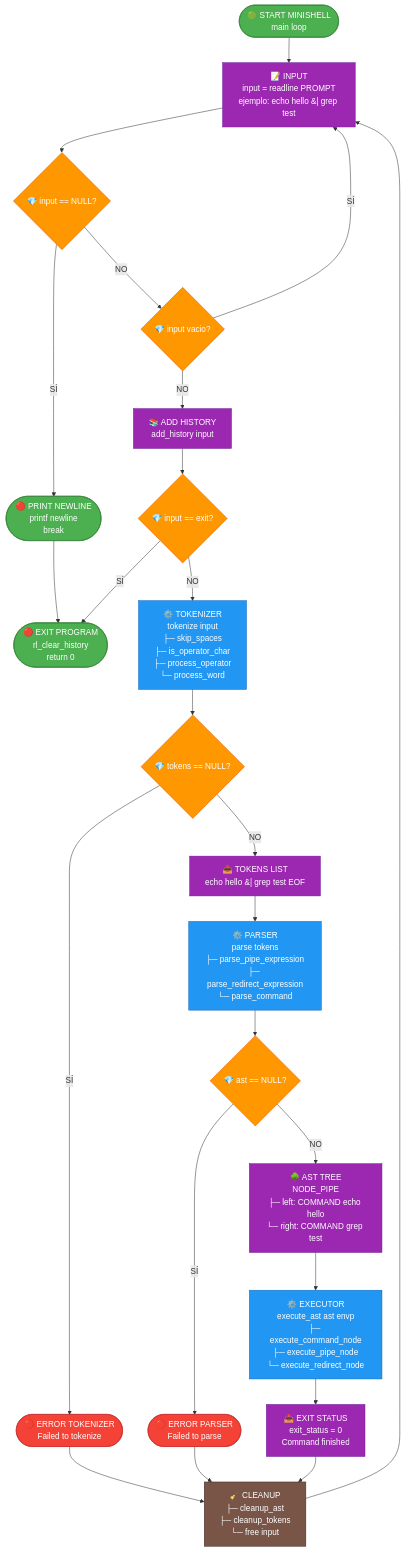
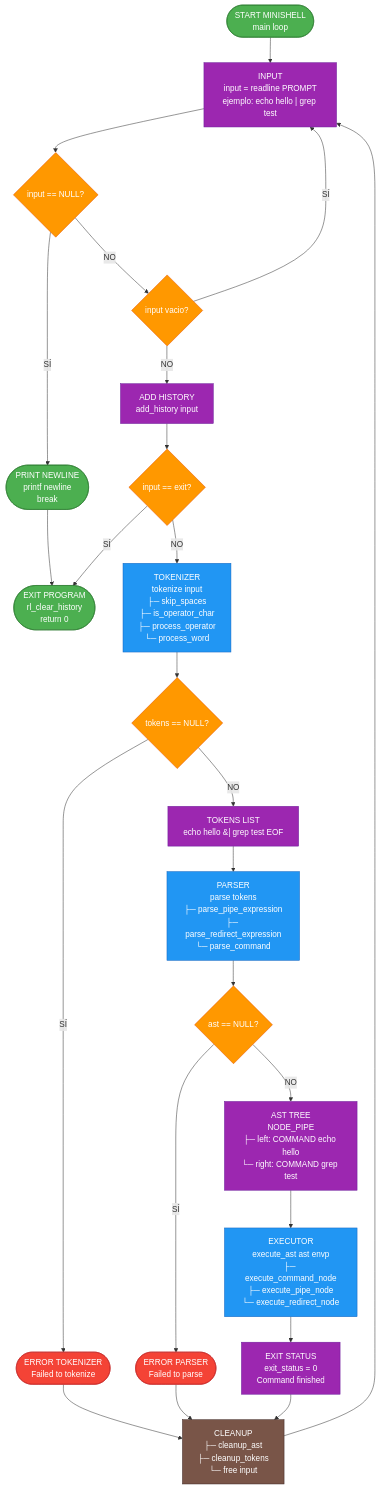
The first of 4 diagrams in docs/FLOWCHARTS.md (x65juan56x/minishell), drawn with Mermaid before and after one commit. The commit also changed 1 other file, not shown here.

````diff
--- a/docs/FLOWCHARTS.md
+++ b/docs/FLOWCHARTS.md
@@ -4,38 +4,38 @@
 ```mermaid
 flowchart TD
-    START([🟢 START MINISHELL<br/>main loop])
-    INPUT[📝 INPUT<br/>input = readline PROMPT<br/>ejemplo: echo hello &#124; grep test]
+    START([START MINISHELL<br/>main loop])
+    INPUT[INPUT<br/>input = readline PROMPT<br/>ejemplo: echo hello #124; grep test]
     
     %% Validaciones
-    NULL_CHECK{💎 input == NULL?}
-    EXIT_CHECK{💎 input == exit?}
-    EMPTY_CHECK{💎 input vacio?}
+    NULL_CHECK{input == NULL?}
+    EXIT_CHECK{input == exit?}
+    EMPTY_CHECK{input vacio?}
     
     %% Tokenizer
-    TOKENIZER[⚙️ TOKENIZER<br/>tokenize input<br/>├─ skip_spaces<br/>├─ is_operator_char<br/>├─ process_operator<br/>└─ process_word]
-    TOKEN_ERROR{💎 tokens == NULL?}
-    TOKENS_LIST[📤 TOKENS LIST<br/>echo hello &#124; grep test EOF]
+    TOKENIZER[TOKENIZER<br/>tokenize input<br/>├─ skip_spaces<br/>├─ is_operator_char<br/>├─ process_operator<br/>└─ process_word]
+    TOKEN_ERROR{tokens == NULL?}
+    TOKENS_LIST[TOKENS LIST<br/>echo hello &#124; grep test EOF]
     
     %% Parser  
-    PARSER[⚙️ PARSER<br/>parse tokens<br/>├─ parse_pipe_expression<br/>├─ parse_redirect_expression<br/>└─ parse_command]
-    PARSE_ERROR{💎 ast == NULL?}
-    AST_TREE[🌳 AST TREE<br/>NODE_PIPE<br/>├─ left: COMMAND echo hello<br/>└─ right: COMMAND grep test]
+    PARSER[PARSER<br/>parse tokens<br/>├─ parse_pipe_expression<br/>├─ parse_redirect_expression<br/>└─ parse_command]
+    PARSE_ERROR{ast == NULL?}
+    AST_TREE[AST TREE<br/>NODE_PIPE<br/>├─ left: COMMAND echo hello<br/>└─ right: COMMAND grep test]
     
     %% Executor
-    EXECUTOR[⚙️ EXECUTOR<br/>execute_ast ast envp<br/>├─ execute_command_node<br/>├─ execute_pipe_node<br/>└─ execute_redirect_node]
-    EXIT_STATUS[📤 EXIT STATUS<br/>exit_status = 0<br/>Command finished]
+    EXECUTOR[EXECUTOR<br/>execute_ast ast envp<br/>├─ execute_command_node<br/>├─ execute_pipe_node<br/>└─ execute_redirect_node]
+    EXIT_STATUS[EXIT STATUS<br/>exit_status = 0<br/>Command finished]
     
     %% Cleanup
-    CLEANUP[🧹 CLEANUP<br/>├─ cleanup_ast<br/>├─ cleanup_tokens<br/>└─ free input]
+    CLEANUP[CLEANUP<br/>├─ cleanup_ast<br/>├─ cleanup_tokens<br/>└─ free input]
     
     %% Terminaciones
-    EXIT_PROGRAM([🔴 EXIT PROGRAM<br/>rl_clear_history<br/>return 0])
-    PRINT_NULL([🔴 PRINT NEWLINE<br/>printf newline<br/>break])
-    ERROR_TOKEN([🔴 ERROR TOKENIZER<br/>Failed to tokenize])
-    ERROR_PARSE([🔴 ERROR PARSER<br/>Failed to parse])
+    EXIT_PROGRAM([ EXIT PROGRAM<br/>rl_clear_history<br/>return 0])
+    PRINT_NULL([PRINT NEWLINE<br/>printf newline<br/>break])
+    ERROR_TOKEN([ERROR TOKENIZER<br/>Failed to tokenize])
+    ERROR_PARSE([ERROR PARSER<br/>Failed to parse])
     
     %% Historia
-    HISTORY[📚 ADD HISTORY<br/>add_history input]
+    HISTORY[ADD HISTORY<br/>add_history input]
 
     %% Flujo principal
     START --> INPUT
````
